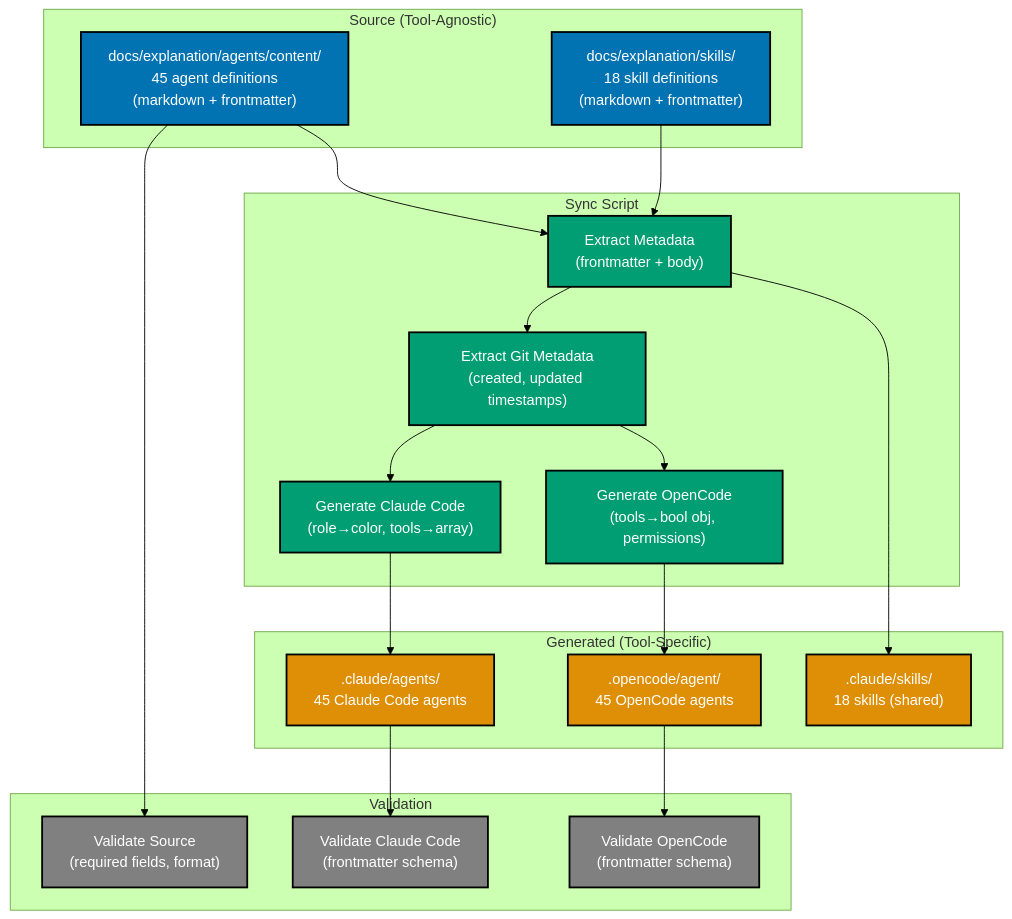
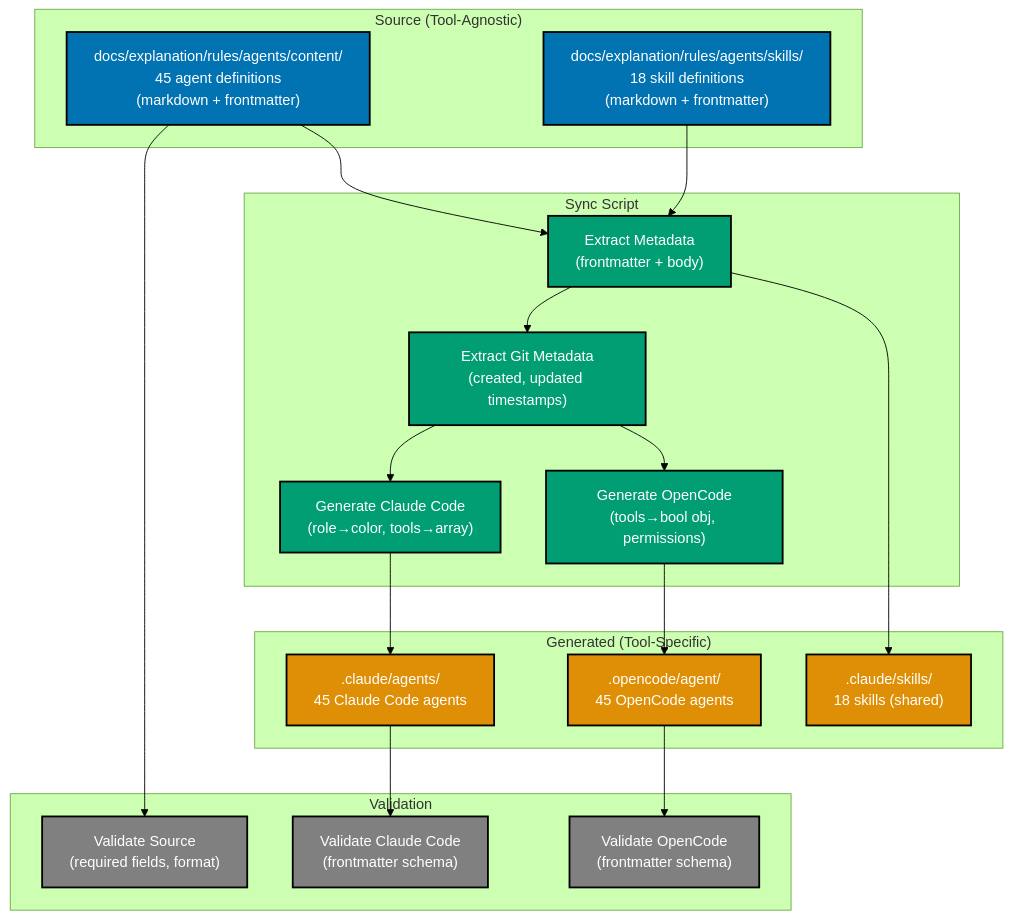
One commit to wahidyankf/open-sharia-enterprise changed the diagram in plans/backlog/2026-01-04__agents-docs-source-of-truth/tech-docs.md. Above: the diagram before and after it, drawn with Mermaid (forest theme). The commit also changed other lines of this file and 3 other files, not shown here.

First line of the commit message:
fix(plans): update agent paths to use rules/ directory structure

````diff
--- a/plans/backlog/2026-01-04__agents-docs-source-of-truth/tech-docs.md
+++ b/plans/backlog/2026-01-04__agents-docs-source-of-truth/tech-docs.md
@@ -5,52 +5,52 @@
 ```mermaid
 %% Uses accessible colors (color-blind friendly palette):
 %% - Blue (#0173B2) for source definitions (tool-agnostic)
 %% - Orange (#DE8F05) for generated formats (tool-specific)
 %% - Teal (#029E73) for sync script processes
 %% - Gray (#808080) for validation processes
 %% Tested for: protanopia, deuteranopia, tritanopia
 %% All colors meet WCAG AA contrast requirements
 
 graph TB
     subgraph "Source (Tool-Agnostic)"
-        AgentDocs["docs/explanation/agents/content/<br/>45 agent definitions<br/>(markdown + frontmatter)"]:::blue
-        SkillDocs["docs/explanation/skills/<br/>18 skill definitions<br/>(markdown + frontmatter)"]:::blue
+        AgentDocs["docs/explanation/rules/agents/content/<br/>45 agent definitions<br/>(markdown + frontmatter)"]:::blue
+        SkillDocs["docs/explanation/rules/agents/skills/<br/>18 skill definitions<br/>(markdown + frontmatter)"]:::blue
     end
 
     subgraph "Sync Script"
         Extract["Extract Metadata<br/>(frontmatter + body)"]:::teal
         MapCC["Generate Claude Code<br/>(role→color, tools→array)"]:::teal
         MapOC["Generate OpenCode<br/>(tools→bool obj, permissions)"]:::teal
         GitMeta["Extract Git Metadata<br/>(created, updated timestamps)"]:::teal
     end
 
     subgraph "Generated (Tool-Specific)"
         CCAgents[".claude/agents/<br/>45 Claude Code agents"]:::orange
         OCAgents[".opencode/agent/<br/>45 OpenCode agents"]:::orange
         Skills[".claude/skills/<br/>18 skills (shared)"]:::orange
     end
 
     subgraph "Validation"
         ValSrc["Validate Source<br/>(required fields, format)"]:::gray
         ValCC["Validate Claude Code<br/>(frontmatter schema)"]:::gray
         ValOC["Validate OpenCode<br/>(frontmatter schema)"]:::gray
     end
 
     AgentDocs --> Extract
     SkillDocs --> Extract
     Extract --> GitMeta
     GitMeta --> MapCC
     GitMeta --> MapOC
     MapCC --> CCAgents
     MapOC --> OCAgents
     Extract --> Skills
 
     CCAgents --> ValCC
     OCAgents --> ValOC
     AgentDocs --> ValSrc
 
     classDef blue fill:#0173B2,stroke:#000000,color:#FFFFFF,stroke-width:2px
     classDef orange fill:#DE8F05,stroke:#000000,color:#FFFFFF,stroke-width:2px
     classDef teal fill:#029E73,stroke:#000000,color:#FFFFFF,stroke-width:2px
     classDef gray fill:#808080,stroke:#000000,color:#FFFFFF,stroke-width:2px
 ```
````
